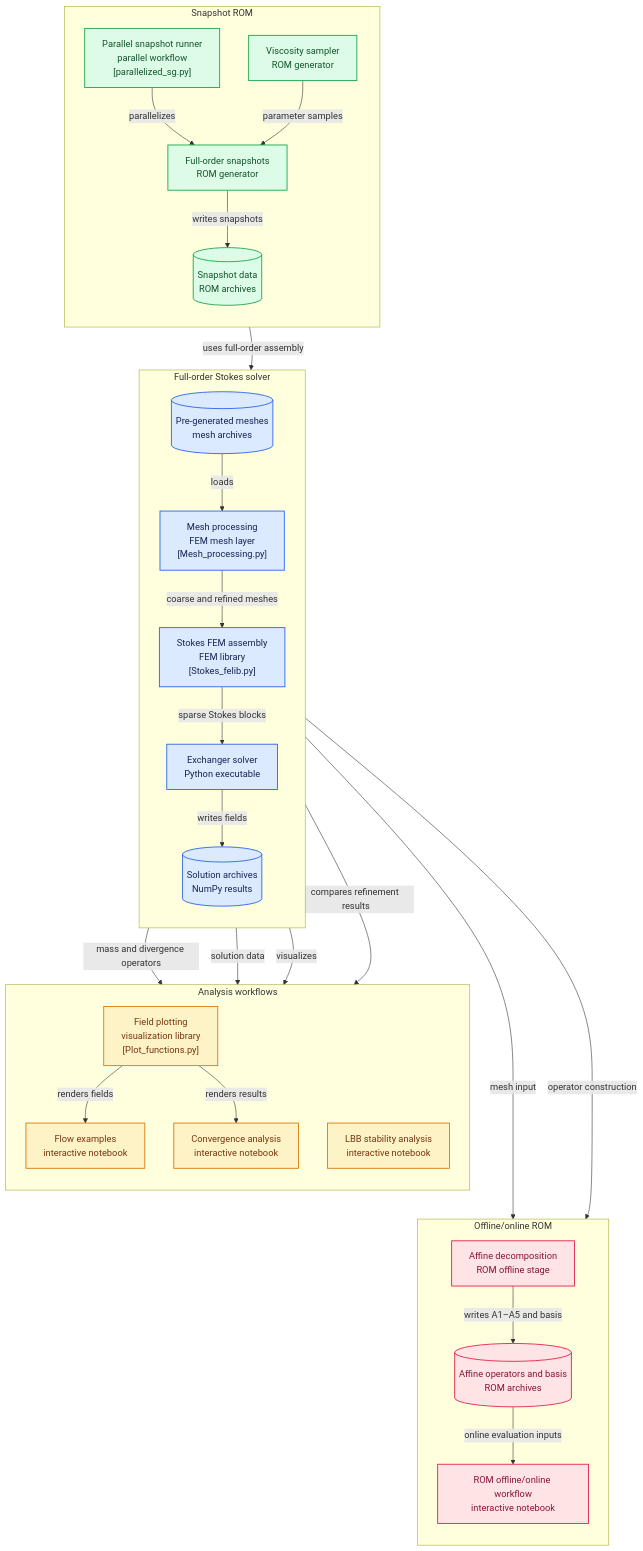
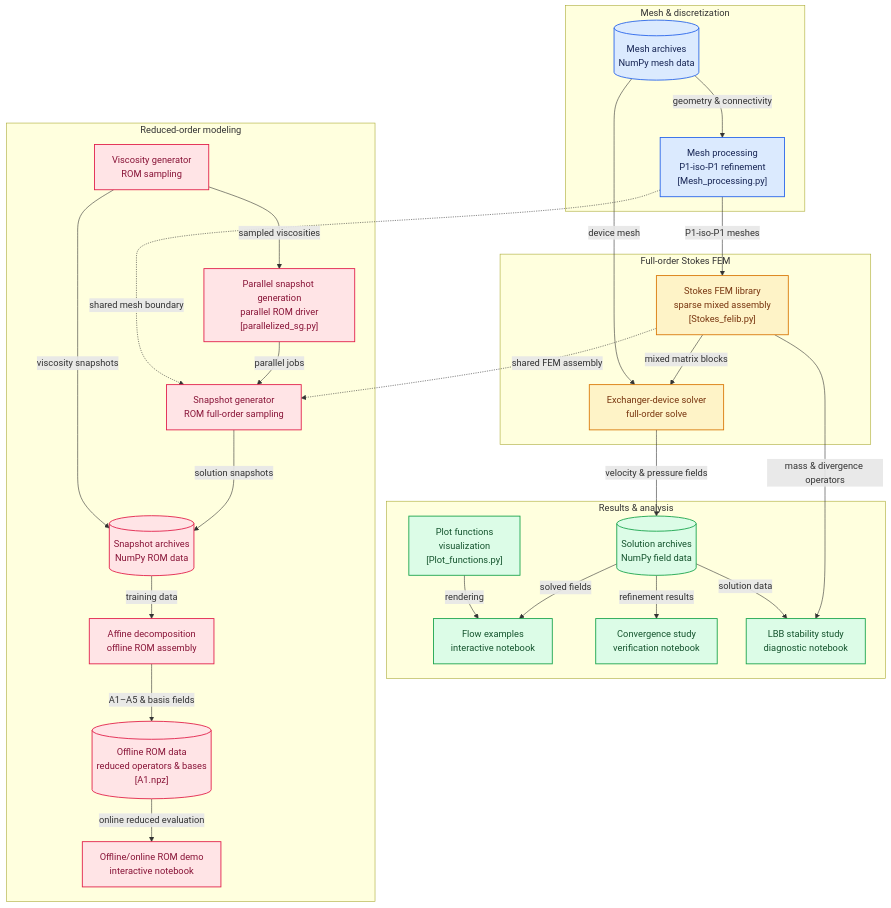
The diagram in README.md (Japanese-Maple/Finite-Element-Method-FEM-ROM-Reduced-Order-Modeling), drawn with Mermaid before and after one commit.

````diff
--- a/README.md
+++ b/README.md
@@ -238,136 +238,79 @@
 ```mermaid
 flowchart TB
 
-%% ============================================================
-%% SNAPSHOT ROM
-%% ============================================================
-
-subgraph group_rom_snapshot["Snapshot ROM"]
-  direction TB
-
-  node_parallel_snapshots["Parallel snapshot runner<br/>parallel workflow<br/>[parallelized_sg.py]"]
-  node_viscosity_generator["Viscosity sampler<br/>ROM generator"]
-  node_snapshot_generator["Full-order snapshots<br/>ROM generator"]
-  node_snapshot_data[("Snapshot data<br/>ROM archives")]
-
-  node_parallel_snapshots -->|"parallelizes"| node_snapshot_generator
-  node_viscosity_generator -->|"parameter samples"| node_snapshot_generator
-  node_snapshot_generator -->|"writes snapshots"| node_snapshot_data
+subgraph group_mesh["Mesh &amp; discretization"]
+  node_mesh_archives[("Mesh archives<br/>NumPy mesh data")]
+  node_mesh_processing["Mesh processing<br/>P1-iso-P1 refinement<br/>[Mesh_processing.py]"]
 end
 
-
-%% ============================================================
-%% FULL-ORDER STOKES SOLVER
-%% ============================================================
-
-subgraph group_full["Full-order Stokes solver"]
-  direction TB
-
-  node_meshes[("Pre-generated meshes<br/>mesh archives")]
-  node_mesh_processing["Mesh processing<br/>FEM mesh layer<br/>[Mesh_processing.py]"]
-  node_stokes_fem["Stokes FEM assembly<br/>FEM library<br/>[Stokes_felib.py]"]
-  node_exchanger_solver["Exchanger solver<br/>Python executable"]
-  node_solutions[("Solution archives<br/>NumPy results")]
-
-  node_meshes -->|"loads"| node_mesh_processing
-  node_mesh_processing -->|"coarse and refined meshes"| node_stokes_fem
-  node_stokes_fem -->|"sparse Stokes blocks"| node_exchanger_solver
-  node_exchanger_solver -->|"writes fields"| node_solutions
+subgraph group_fom["Full-order Stokes FEM"]
+  node_stokes_felib["Stokes FEM library<br/>sparse mixed assembly<br/>[Stokes_felib.py]"]
+  node_exchanger_solver["Exchanger-device solver<br/>full-order solve"]
 end
 
-
-%% ============================================================
-%% ANALYSIS WORKFLOWS
-%% ============================================================
-
-subgraph group_analysis["Analysis workflows"]
-  direction TB
-
-  node_plotting["Field plotting<br/>visualization library<br/>[Plot_functions.py]"]
+subgraph group_analysis["Results &amp; analysis"]
+  node_solution_archives[("Solution archives<br/>NumPy field data")]
+  node_plot_functions["Plot functions<br/>visualization<br/>[Plot_functions.py]"]
   node_flow_examples["Flow examples<br/>interactive notebook"]
-  node_convergence["Convergence analysis<br/>interactive notebook"]
-  node_stability["LBB stability analysis<br/>interactive notebook"]
-
-  node_plotting -->|"renders fields"| node_flow_examples
-  node_plotting -->|"renders results"| node_convergence
+  node_convergence_notebook["Convergence study<br/>verification notebook"]
+  node_stability_notebook["LBB stability study<br/>diagnostic notebook"]
 end
 
-
-%% ============================================================
-%% OFFLINE / ONLINE ROM
-%% ============================================================
-
-subgraph group_rom_affine["Offline/online ROM"]
-  direction TB
-
-  node_affine_decomposition["Affine decomposition<br/>ROM offline stage"]
-  node_affine_data[("Affine operators and basis<br/>ROM archives")]
-  node_rom_notebook["ROM offline/online workflow<br/>interactive notebook"]
-
-  node_affine_decomposition -->|"writes A1–A5 and basis"| node_affine_data
-  node_affine_data -->|"online evaluation inputs"| node_rom_notebook
+subgraph group_rom["Reduced-order modeling"]
+  node_viscosity_generator["Viscosity generator<br/>ROM sampling"]
+  node_snapshot_generator["Snapshot generator<br/>ROM full-order sampling"]
+  node_parallel_snapshot_generation["Parallel snapshot generation<br/>parallel ROM driver<br/>[parallelized_sg.py]"]
+  node_snapshot_archives[("Snapshot archives<br/>NumPy ROM data")]
+  node_affine_decomposition["Affine decomposition<br/>offline ROM assembly"]
+  node_offline_rom_data[("Offline ROM data<br/>reduced operators &amp; bases<br/>[A1.npz]")]
+  node_rom_notebook["Offline/online ROM demo<br/>interactive notebook"]
 end
 
+node_mesh_archives -->|"geometry &amp; connectivity"| node_mesh_processing
+node_mesh_processing -->|"P1-iso-P1 meshes"| node_stokes_felib
+node_stokes_felib -->|"mixed matrix blocks"| node_exchanger_solver
+node_mesh_archives -->|"device mesh"| node_exchanger_solver
+node_exchanger_solver -->|"velocity &amp; pressure fields"| node_solution_archives
+node_solution_archives -->|"solved fields"| node_flow_examples
+node_plot_functions -->|"rendering"| node_flow_examples
+node_solution_archives -->|"refinement results"| node_convergence_notebook
+node_stokes_felib -->|"mass &amp; divergence operators"| node_stability_notebook
+node_solution_archives -->|"solution data"| node_stability_notebook
+node_viscosity_generator -->|"sampled viscosities"| node_parallel_snapshot_generation
+node_parallel_snapshot_generation -->|"parallel jobs"| node_snapshot_generator
+node_mesh_processing -.->|"shared mesh boundary"| node_snapshot_generator
+node_stokes_felib -.->|"shared FEM assembly"| node_snapshot_generator
+node_snapshot_generator -->|"solution snapshots"| node_snapshot_archives
+node_viscosity_generator -->|"viscosity snapshots"| node_snapshot_archives
+node_snapshot_archives -->|"training data"| node_affine_decomposition
+node_affine_decomposition -->|"A1–A5 &amp; basis fields"| node_offline_rom_data
+node_offline_rom_data -->|"online reduced evaluation"| node_rom_notebook
 
-%% ============================================================
-%% MAIN VERTICAL ARCHITECTURE
-%% These invisible links force the major sections downward.
-%% ============================================================
-
-node_snapshot_data ~~~ node_meshes
-node_solutions ~~~ node_plotting
-node_plotting ~~~ node_affine_decomposition
-
-
-%% ============================================================
-%% CROSS-SYSTEM DATA FLOW
-%% ============================================================
-
-node_snapshot_generator -->|"uses full-order assembly"| node_stokes_fem
-
-node_mesh_processing -->|"mesh input"| node_affine_decomposition
-node_stokes_fem -->|"operator construction"| node_affine_decomposition
-
-node_stokes_fem -->|"mass and divergence operators"| node_stability
-node_solutions -->|"solution data"| node_stability
-node_solutions -->|"visualizes"| node_flow_examples
-node_solutions -->|"compares refinement results"| node_convergence
-
-
-%% ============================================================
-%% LINKS
-%% ============================================================
-
-click node_meshes "https://github.com/japanese-maple/finite-element-method-fem-rom-reduced-order-modeling/blob/main/Meshes/exchanger_device_mesh_data.npz"
+click node_mesh_archives "https://github.com/japanese-maple/finite-element-method-fem-rom-reduced-order-modeling/blob/main/Meshes/exchanger_device_mesh_data.npz"
 click node_mesh_processing "https://github.com/japanese-maple/finite-element-method-fem-rom-reduced-order-modeling/blob/main/Utilities/Mesh_processing.py"
-click node_stokes_fem "https://github.com/japanese-maple/finite-element-method-fem-rom-reduced-order-modeling/blob/main/Utilities/Stokes_felib.py"
+click node_stokes_felib "https://github.com/japanese-maple/finite-element-method-fem-rom-reduced-order-modeling/blob/main/Utilities/Stokes_felib.py"
 click node_exchanger_solver "https://github.com/japanese-maple/finite-element-method-fem-rom-reduced-order-modeling/blob/main/Solvers/Exchanger_Device.py"
-click node_solutions "https://github.com/japanese-maple/finite-element-method-fem-rom-reduced-order-modeling/blob/main/Solutions/Exchanger_device.npz"
-
-click node_plotting "https://github.com/japanese-maple/finite-element-method-fem-rom-reduced-order-modeling/blob/main/Utilities/Plot_functions.py"
+click node_solution_archives "https://github.com/japanese-maple/finite-element-method-fem-rom-reduced-order-modeling/blob/main/Solutions/Exchanger_device.npz"
+click node_plot_functions "https://github.com/japanese-maple/finite-element-method-fem-rom-reduced-order-modeling/blob/main/Utilities/Plot_functions.py"
 click node_flow_examples "https://github.com/japanese-maple/finite-element-method-fem-rom-reduced-order-modeling/blob/main/Demonstrations/Flow_examples.ipynb"
-click node_convergence "https://github.com/japanese-maple/finite-element-method-fem-rom-reduced-order-modeling/blob/main/Demonstrations/Stokes_Convergence.ipynb"
-click node_stability "https://github.com/japanese-maple/finite-element-method-fem-rom-reduced-order-modeling/blob/main/Demonstrations/Stokes_Stability.ipynb"
-
+click node_convergence_notebook "https://github.com/japanese-maple/finite-element-method-fem-rom-reduced-order-modeling/blob/main/Demonstrations/Stokes_Convergence.ipynb"
+click node_stability_notebook "https://github.com/japanese-maple/finite-element-method-fem-rom-reduced-order-modeling/blob/main/Demonstrations/Stokes_Stability.ipynb"
 click node_viscosity_generator "https://github.com/japanese-maple/finite-element-method-fem-rom-reduced-order-modeling/blob/main/Reduced_Order_Modeling/No_Online_Offline_phase/viscosity_generator.py"
 click node_snapshot_generator "https://github.com/japanese-maple/finite-element-method-fem-rom-reduced-order-modeling/blob/main/Reduced_Order_Modeling/No_Online_Offline_phase/snapshot_generator.py"
-click node_parallel_snapshots "https://github.com/japanese-maple/finite-element-method-fem-rom-reduced-order-modeling/blob/main/Reduced_Order_Modeling/No_Online_Offline_phase/parallelized_sg.py"
-
+click node_parallel_snapshot_generation "https://github.com/japanese-maple/finite-element-method-fem-rom-reduced-order-modeling/blob/main/Reduced_Order_Modeling/No_Online_Offline_phase/parallelized_sg.py"
 click node_affine_decomposition "https://github.com/japanese-maple/finite-element-method-fem-rom-reduced-order-modeling/blob/main/Reduced_Order_Modeling/Online_Offline_phase/Affine_Decomposition.py"
+click node_offline_rom_data "https://github.com/japanese-maple/finite-element-method-fem-rom-reduced-order-modeling/blob/main/Reduced_Order_Modeling/Online_Offline_phase/Data/A1.npz"
 click node_rom_notebook "https://github.com/japanese-maple/finite-element-method-fem-rom-reduced-order-modeling/blob/main/Demonstrations/ROM_OfflineIOnline.ipynb"
 
-
-%% ============================================================
-%% STYLING
-%% ============================================================
-
+classDef toneNeutral fill:#f8fafc,stroke:#334155,stroke-width:1.5px,color:#0f172a
 classDef toneBlue fill:#dbeafe,stroke:#2563eb,stroke-width:1.5px,color:#172554
 classDef toneAmber fill:#fef3c7,stroke:#d97706,stroke-width:1.5px,color:#78350f
 classDef toneMint fill:#dcfce7,stroke:#16a34a,stroke-width:1.5px,color:#14532d
 classDef toneRose fill:#ffe4e6,stroke:#e11d48,stroke-width:1.5px,color:#881337
-
-class node_meshes,node_mesh_processing,node_stokes_fem,node_exchanger_solver,node_solutions toneBlue
-class node_plotting,node_flow_examples,node_convergence,node_stability toneAmber
-class node_viscosity_generator,node_snapshot_generator,node_parallel_snapshots,node_snapshot_data toneMint
-class node_affine_decomposition,node_affine_data,node_rom_notebook toneRose
+classDef toneIndigo fill:#e0e7ff,stroke:#4f46e5,stroke-width:1.5px,color:#312e81
+classDef toneTeal fill:#ccfbf1,stroke:#0f766e,stroke-width:1.5px,color:#134e4a
+class node_mesh_archives,node_mesh_processing toneBlue
+class node_stokes_felib,node_exchanger_solver toneAmber
+class node_solution_archives,node_plot_functions,node_flow_examples,node_convergence_notebook,node_stability_notebook toneMint
+class node_viscosity_generator,node_snapshot_generator,node_parallel_snapshot_generation,node_snapshot_archives,node_affine_decomposition,node_offline_rom_data,node_rom_notebook toneRose
 ```
````
